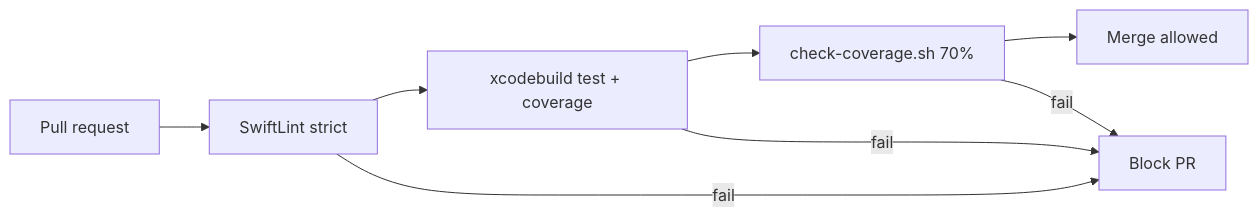
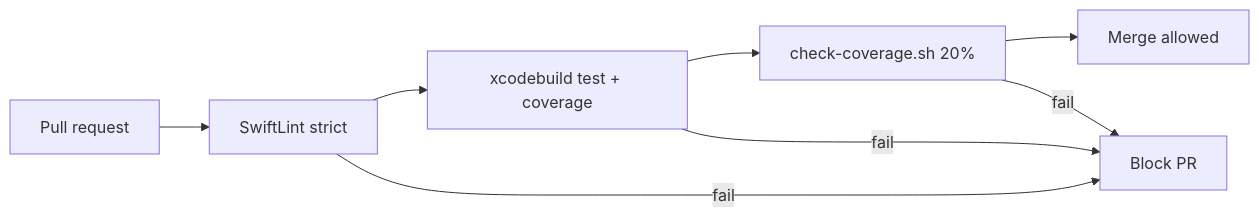
The diagram in Documentation/Content/en/guides/ci-cd.md (luizmellodev/Blueprint), drawn with Mermaid before and after one commit. The commit also changed other lines of this file and 8 other files, not shown here.

````diff
--- a/Documentation/Content/en/guides/ci-cd.md
+++ b/Documentation/Content/en/guides/ci-cd.md
@@ -21,10 +21,10 @@
 ```mermaid
 flowchart LR
   PR[Pull request] --> L[SwiftLint strict]
   L --> T[xcodebuild test + coverage]
-  T --> C[check-coverage.sh 70%]
+  T --> C[check-coverage.sh 20%]
   C --> OK[Merge allowed]
   L -->|fail| X[Block PR]
   T -->|fail| X
   C -->|fail| X
 ```
````
